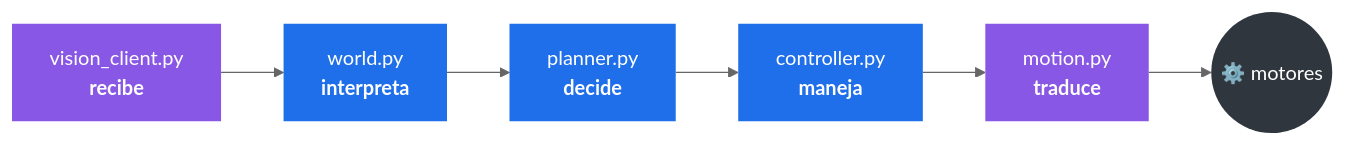
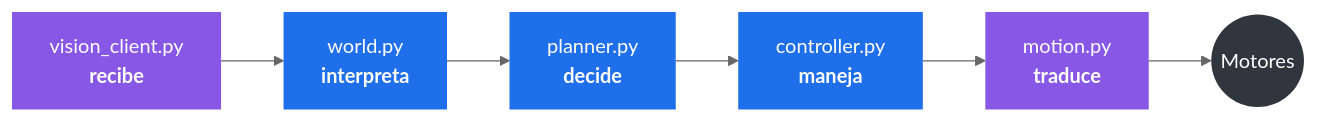
Before and after one commit to dnunezf/Vision-Rover-Challenge-ev4.exe: the third of 6 diagrams in README.md, drawn with Mermaid (neutral theme). The commit also changed other lines of this file, not shown here.

````diff
--- a/README.md
+++ b/README.md
@@ -102,15 +102,15 @@
 ```mermaid
 flowchart LR
     VC["vision_client.py<br/><b>recibe</b>"] --> W["world.py<br/><b>interpreta</b>"]
     W --> P["planner.py<br/><b>decide</b>"]
     P --> C["controller.py<br/><b>maneja</b>"]
     C --> M["motion.py<br/><b>traduce</b>"]
-    M --> MOT(("⚙️ motores"))
+    M --> MOT(("Motores"))
 
     style VC fill:#8957e5,color:#fff,stroke:none
     style M fill:#8957e5,color:#fff,stroke:none
     style W fill:#1f6feb,color:#fff,stroke:none
     style P fill:#1f6feb,color:#fff,stroke:none
     style C fill:#1f6feb,color:#fff,stroke:none
     style MOT fill:#30363d,color:#fff,stroke:none
 ```
````
